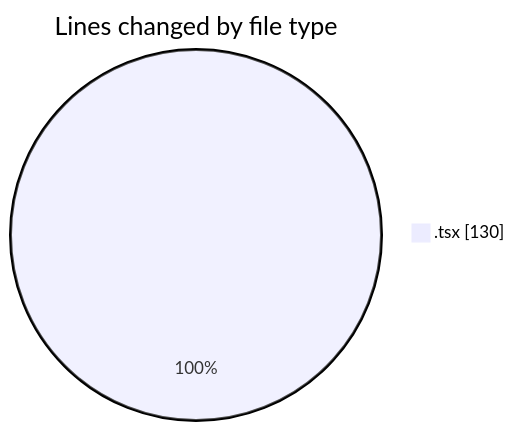
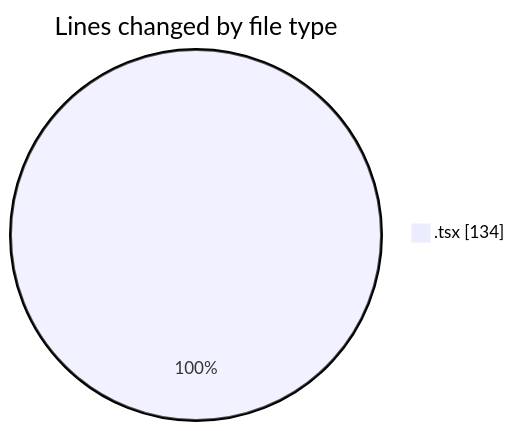
Before and after one commit to nxtqubesakshisongat/code-tracking: the first of 2 diagrams in 2026-07-10/nxtqube_webapp/README.md, drawn with Mermaid. The commit also changed other lines of this file and 1 other file, not shown here.

````diff
--- a/2026-07-10/nxtqube_webapp/README.md
+++ b/2026-07-10/nxtqube_webapp/README.md
@@ -22,5 +22,5 @@
 ```mermaid
 pie showData
 title Lines changed by file type
-".tsx" : 130
+".tsx" : 134
 ```
````
